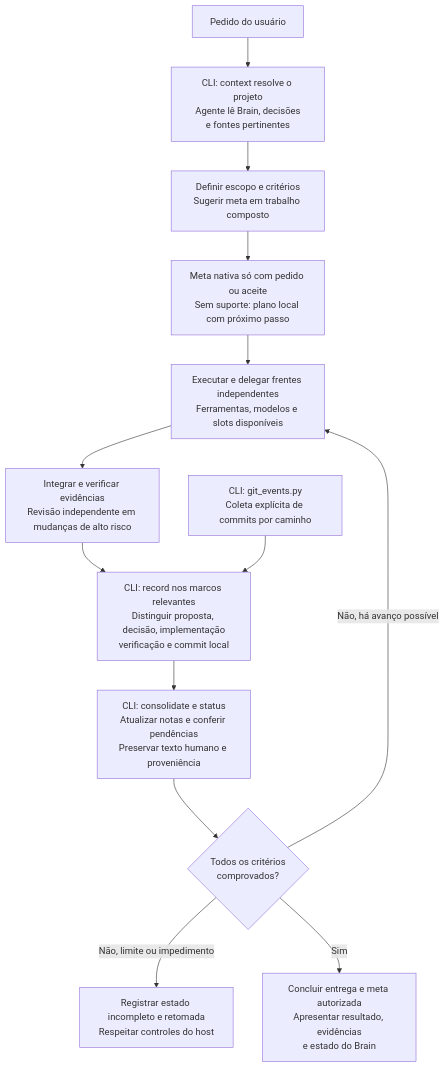
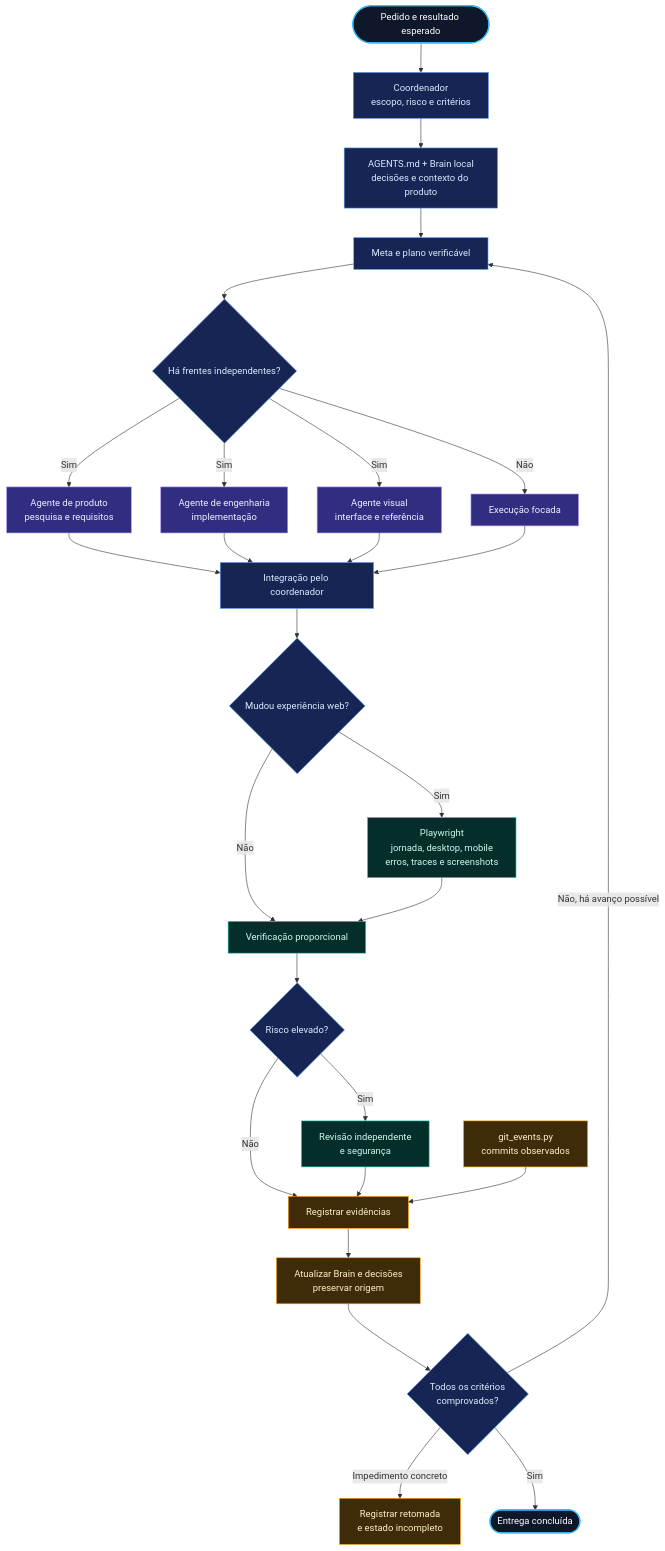
Before and after one commit to HericlisBezerra/hebe-orchestrate-Codex: the second of 2 diagrams in plugins/hebe-orchestrator-codex/docs/MAPA-DO-PROJETO.md, drawn with Mermaid. The commit also changed other lines of this file and 19 other files, not shown here.

Commit message:
Adiciona AGENTS.md portátil, mapa vertical e kit Playwright

````diff
--- a/plugins/hebe-orchestrator-codex/docs/MAPA-DO-PROJETO.md
+++ b/plugins/hebe-orchestrator-codex/docs/MAPA-DO-PROJETO.md
@@ -43,15 +47,40 @@
 ```mermaid
-flowchart TD
-    A["Pedido do usuário"] --> B["CLI: context resolve o projeto<br/>Agente lê Brain, decisões<br/>e fontes pertinentes"]
-    B --> C["Definir escopo e critérios<br/>Sugerir meta em trabalho composto"]
-    C --> D["Meta nativa só com pedido ou aceite<br/>Sem suporte: plano local com próximo passo"]
-    D --> E["Executar e delegar frentes independentes<br/>Ferramentas, modelos e slots disponíveis"]
-    E --> F["Integrar e verificar evidências<br/>Revisão independente em mudanças de alto risco"]
-    F --> G["CLI: record nos marcos relevantes<br/>Distinguir proposta, decisão, implementação<br/>verificação e commit local"]
-    K["CLI: git_events.py<br/>Coleta explícita de commits por caminho"] --> G
-    G --> H["CLI: consolidate e status<br/>Atualizar notas e conferir pendências<br/>Preservar texto humano e proveniência"]
-    H --> I{"Todos os critérios<br/>comprovados?"}
-    I -->|Não, há avanço possível| E
-    I -->|Não, limite ou impedimento| P["Registrar estado incompleto e retomada<br/>Respeitar controles do host"]
-    I -->|Sim| Z["Concluir entrega e meta autorizada<br/>Apresentar resultado, evidências<br/>e estado do Brain"]
+flowchart TB
+    A(["Pedido e resultado esperado"]) --> B["Coordenador<br/>escopo, risco e critérios"]
+    B --> C["AGENTS.md + Brain local<br/>decisões e contexto do produto"]
+    C --> D["Meta e plano verificável"]
+    D --> E{"Há frentes independentes?"}
+    E -->|Não| F["Execução focada"]
+    E -->|Sim| A1["Agente de produto<br/>pesquisa e requisitos"]
+    E -->|Sim| A2["Agente de engenharia<br/>implementação"]
+    E -->|Sim| A3["Agente visual<br/>interface e referência"]
+    A1 --> G["Integração pelo coordenador"]
+    A2 --> G
+    A3 --> G
+    F --> G
+    G --> W{"Mudou experiência web?"}
+    W -->|Sim| PW["Playwright<br/>jornada, desktop, mobile<br/>erros, traces e screenshots"]
+    W -->|Não| V["Verificação proporcional"]
+    PW --> V
+    V --> S{"Risco elevado?"}
+    S -->|Sim| R["Revisão independente<br/>e segurança"]
+    S -->|Não| H["Registrar evidências"]
+    R --> H
+    K["git_events.py<br/>commits observados"] --> H
+    H --> I["Atualizar Brain e decisões<br/>preservar origem"]
+    I --> J{"Todos os critérios<br/>comprovados?"}
+    J -->|Não, há avanço possível| D
+    J -->|Impedimento concreto| P["Registrar retomada<br/>e estado incompleto"]
+    J -->|Sim| Z(["Entrega concluída"])
+
+    classDef input fill:#0f172a,color:#fff,stroke:#38bdf8,stroke-width:2px;
+    classDef control fill:#172554,color:#dbeafe,stroke:#60a5fa;
+    classDef agent fill:#312e81,color:#eef2ff,stroke:#a78bfa;
+    classDef verify fill:#052e2b,color:#ccfbf1,stroke:#2dd4bf;
+    classDef memory fill:#3f2a09,color:#fef3c7,stroke:#f59e0b;
+    class A,Z input;
+    class B,C,D,E,G,W,S,J control;
+    class F,A1,A2,A3 agent;
+    class PW,V,R verify;
+    class K,H,I,P memory;
 ```
````
